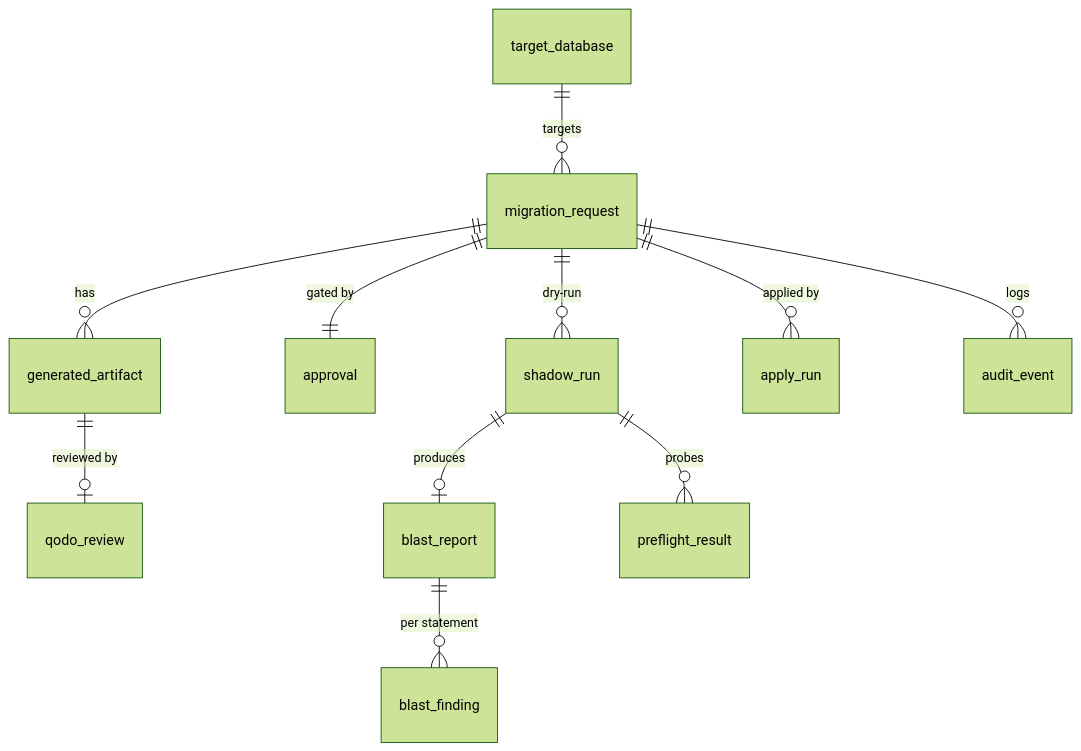
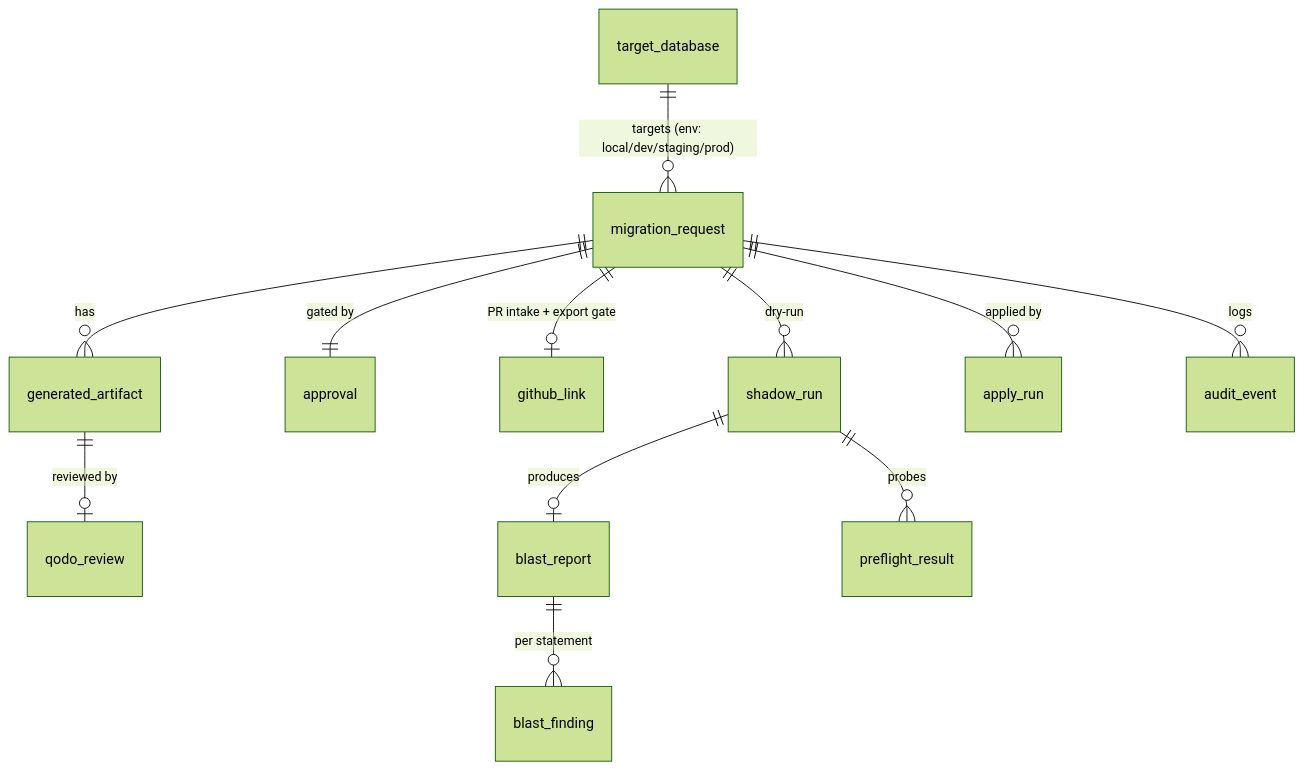
One commit to SamChawla/migration-sentinel changed the third of 3 diagrams in README.md. Above: the diagram before and after it, drawn with Mermaid (forest theme). The commit also changed other lines of this file and 2 other files, not shown here.

First line of the commit message:
docs: refresh diagrams for the GitOps architecture (#40)

````diff
--- a/README.md
+++ b/README.md
@@ -191,13 +199,14 @@
 ```mermaid
 erDiagram
-    target_database ||--o{ migration_request : targets
+    target_database ||--o{ migration_request : "targets (env: local/dev/staging/prod)"
     migration_request ||--o{ generated_artifact : has
     migration_request ||--|| approval : "gated by"
+    migration_request ||--o| github_link : "PR intake + export gate"
     migration_request ||--o{ shadow_run : "dry-run"
     migration_request ||--o{ apply_run : "applied by"
     migration_request ||--o{ audit_event : logs
     generated_artifact ||--o| qodo_review : "reviewed by"
     shadow_run ||--o| blast_report : produces
     shadow_run ||--o{ preflight_result : probes
     blast_report ||--o{ blast_finding : "per statement"
 ```
````
